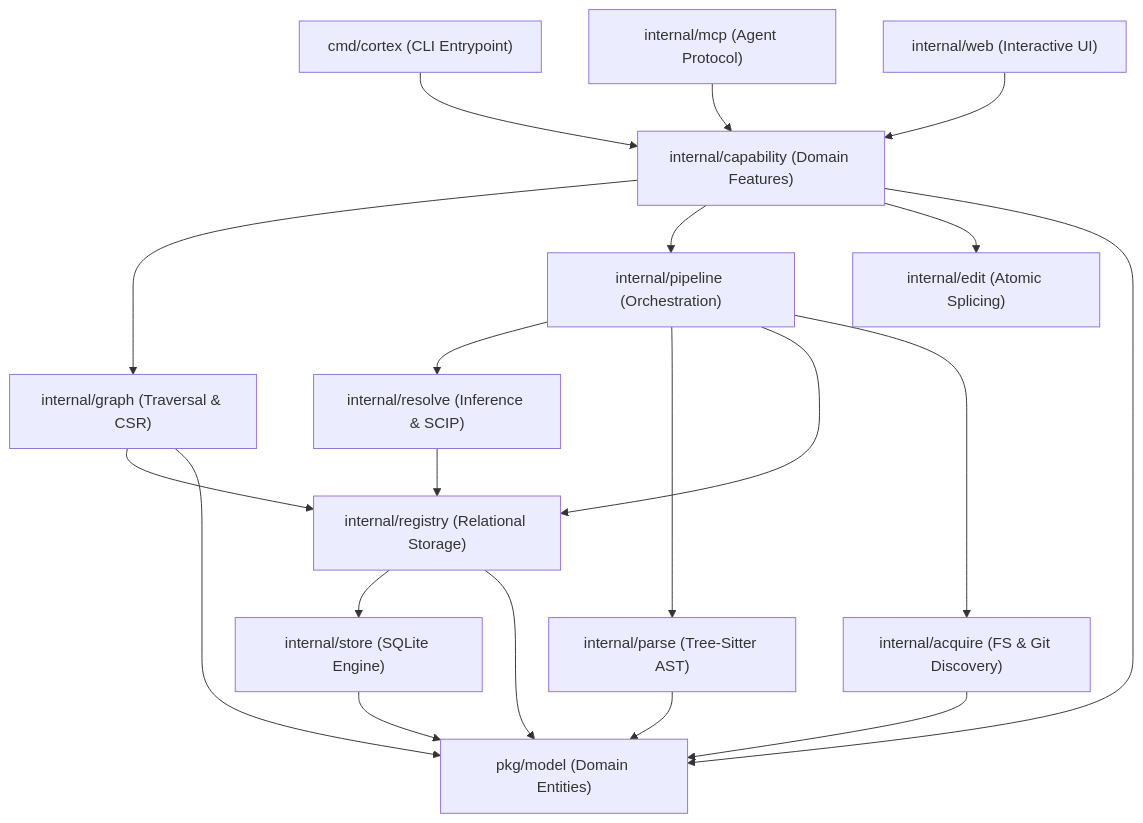
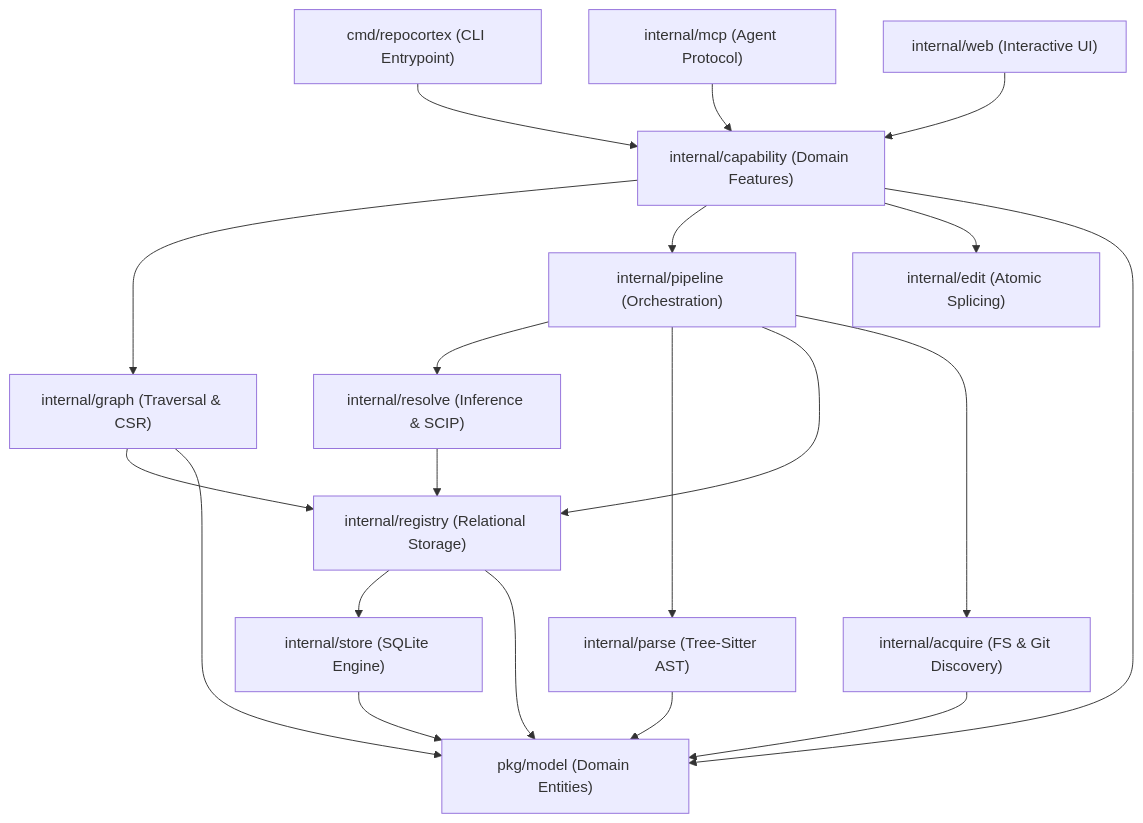
Before and after one commit to satyendrakumarsingh/repocortex: the diagram in docs/concepts/architecture.md, drawn with Mermaid. The commit also changed other lines of this file and 403 other files, not shown here.

````diff
--- a/docs/concepts/architecture.md
+++ b/docs/concepts/architecture.md
@@ -39,26 +39,26 @@
 ```mermaid
 graph TD
-    CLI["cmd/cortex (CLI Entrypoint)"] --> Cap["internal/capability (Domain Features)"]
+    CLI["cmd/repocortex (CLI Entrypoint)"] --> Cap["internal/capability (Domain Features)"]
     MCP["internal/mcp (Agent Protocol)"] --> Cap
     Web["internal/web (Interactive UI)"] --> Cap
     
     Cap --> Graph["internal/graph (Traversal & CSR)"]
     Cap --> Pipe["internal/pipeline (Orchestration)"]
     Cap --> Edit["internal/edit (Atomic Splicing)"]
     
     Pipe --> Resolve["internal/resolve (Inference & SCIP)"]
     Pipe --> Parse["internal/parse (Tree-Sitter AST)"]
     Pipe --> Reg["internal/registry (Relational Storage)"]
     Pipe --> Acq["internal/acquire (FS & Git Discovery)"]
     
     Resolve --> Reg
     Graph --> Reg
     Reg --> Store["internal/store (SQLite Engine)"]
     
     Store --> Model["pkg/model (Domain Entities)"]
     Acq --> Model
     Parse --> Model
     Reg --> Model
     Graph --> Model
     Cap --> Model
 ```
````
